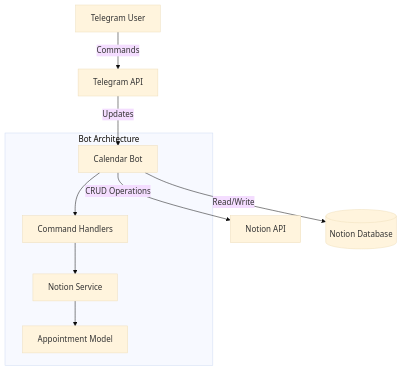
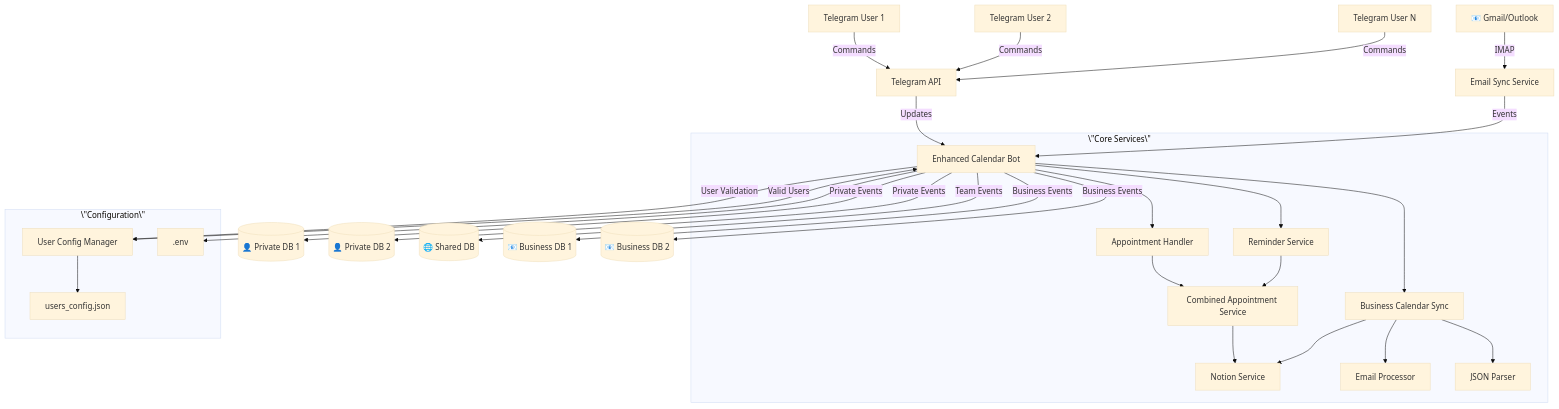
One commit to EBNSchindi/telegram-notion-calendar-bot changed the first of 4 diagrams in ARCHITECTURE.md. Above: the diagram before and after it, drawn with Mermaid (base theme). The commit also changed other lines of this file and 7 other files, not shown here.

````diff
--- a/ARCHITECTURE.md
+++ b/ARCHITECTURE.md
@@ -5,13 +5,47 @@
 ```mermaid
 graph TB
-    User[Telegram User] -->|Commands| TG[Telegram API]
-    TG -->|Updates| Bot[Calendar Bot]
-    Bot -->|CRUD Operations| Notion[Notion API]
-    Bot -->|Read/Write| DB[(Notion Database)]
+    %% Users
+    U1[Telegram User 1] -->|Commands| TG[Telegram API]
+    U2[Telegram User 2] -->|Commands| TG
+    U3[Telegram User N] -->|Commands| TG
     
-    subgraph "Bot Architecture"
-        Bot --> Handler[Command Handlers]
-        Handler --> Service[Notion Service]
-        Service --> Model[Appointment Model]
+    %% Email Integration
+    EM[📧 Gmail/Outlook] -->|IMAP| EmailSync[Email Sync Service]
+    
+    %% Core Bot
+    TG -->|Updates| Bot[Enhanced Calendar Bot]
+    EmailSync -->|Events| Bot
+    
+    %% User Management
+    Bot -->|User Validation| UserConfig[User Config Manager]
+    UserConfig -->|Valid Users| Bot
+    
+    %% Multiple Notion Databases
+    Bot -->|Private Events| N1[(👤 Private DB 1)]
+    Bot -->|Private Events| N2[(👤 Private DB 2)]
+    Bot -->|Team Events| NS[(🌐 Shared DB)]
+    Bot -->|Business Events| NB1[(📧 Business DB 1)]
+    Bot -->|Business Events| NB2[(📧 Business DB 2)]
+    
+    %% Services Layer
+    subgraph \"Core Services\"
+        Bot --> AppHandler[Appointment Handler]
+        Bot --> ReminderService[Reminder Service]
+        Bot --> BusinessSync[Business Calendar Sync]
+        
+        AppHandler --> CombinedService[Combined Appointment Service]
+        CombinedService --> NotionService[Notion Service]
+        
+        BusinessSync --> EmailProcessor[Email Processor]
+        BusinessSync --> JSONParser[JSON Parser]
+        BusinessSync --> NotionService
+        
+        ReminderService --> CombinedService
+    end
+    
+    %% Configuration
+    subgraph \"Configuration\"
+        UserConfig --> UC[users_config.json]
+        Bot --> EnvConfig[.env]
     end
 ```
````
